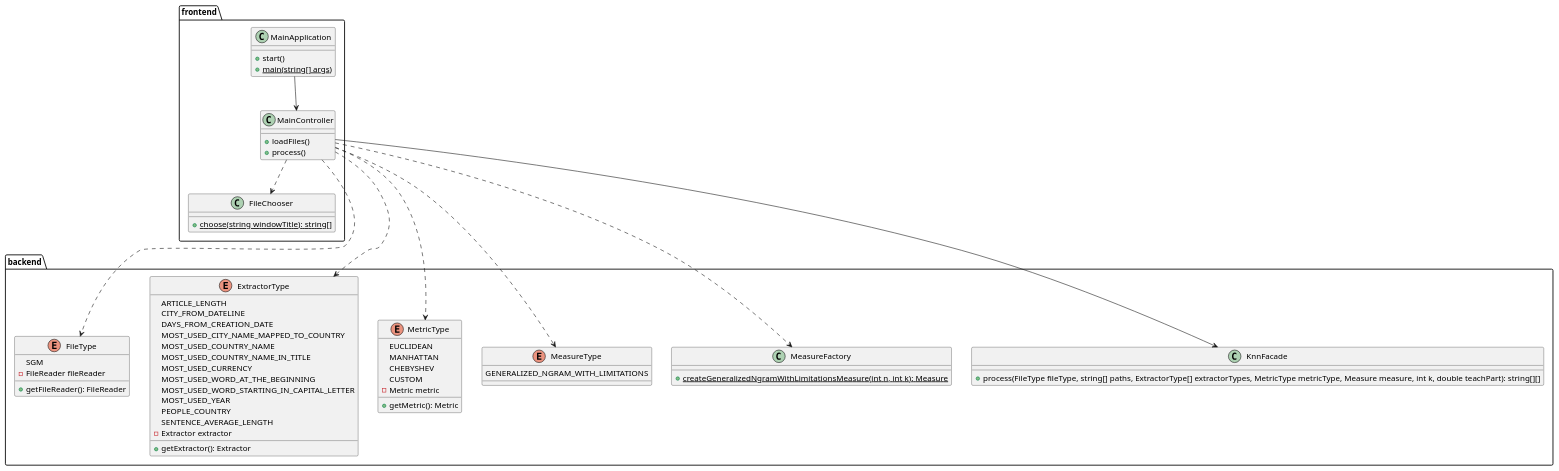
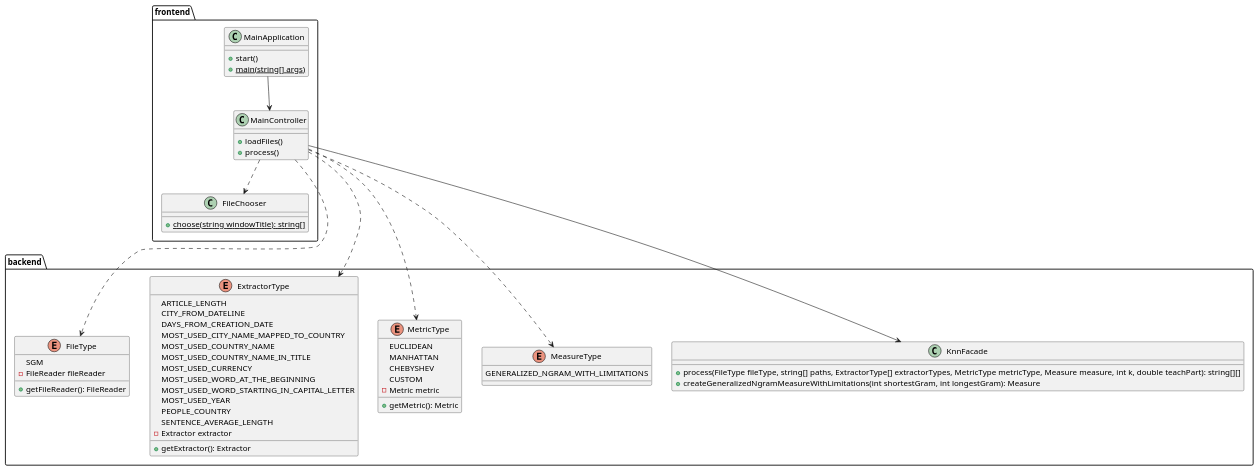
One commit to kambed/Computer-Recognition-Systems changed the second of 10 diagrams in README.md. Above: the diagram before and after it, drawn with PlantUML. The commit also changed other lines of this file, not shown here.

````diff
--- a/README.md
+++ b/README.md
@@ -29,63 +29,60 @@
 ```plantuml
 package frontend {
     class MainApplication {
         + start()
         + {static} main(string[] args)
     }
     class MainController {
         + loadFiles()
         + process()
     }
     class FileChooser {
         + {static} choose(string windowTitle): string[]
     }
     MainController ..> FileChooser
     MainApplication --> MainController
 }
 package backend {
     enum FileType {
         SGM
         - FileReader fileReader
         + getFileReader(): FileReader
     }
     enum ExtractorType {
         ARTICLE_LENGTH
         CITY_FROM_DATELINE
         DAYS_FROM_CREATION_DATE
         MOST_USED_CITY_NAME_MAPPED_TO_COUNTRY
         MOST_USED_COUNTRY_NAME
         MOST_USED_COUNTRY_NAME_IN_TITLE
         MOST_USED_CURRENCY
         MOST_USED_WORD_AT_THE_BEGINNING
         MOST_USED_WORD_STARTING_IN_CAPITAL_LETTER
         MOST_USED_YEAR
         PEOPLE_COUNTRY
         SENTENCE_AVERAGE_LENGTH
         - Extractor extractor
         + getExtractor(): Extractor
     }
     enum MetricType {
         EUCLIDEAN
         MANHATTAN
         CHEBYSHEV
         CUSTOM
         - Metric metric
         + getMetric(): Metric
     }
     enum MeasureType {
         GENERALIZED_NGRAM_WITH_LIMITATIONS
     }
-    class MeasureFactory {
-        + {static} createGeneralizedNgramWithLimitationsMeasure(int n, int k): Measure
-    }
     class KnnFacade {
         + process(FileType fileType, string[] paths, ExtractorType[] extractorTypes, MetricType metricType, Measure measure, int k, double teachPart): string[][]
+        + createGeneralizedNgramMeasureWithLimitations(int shortestGram, int longestGram): Measure
     }
 }
 MainController ---> KnnFacade
 MainController ..> FileType
 MainController ..> MetricType
 MainController ..> MeasureType
-MainController ..> MeasureFactory
 MainController ..> ExtractorType
 ```
````
